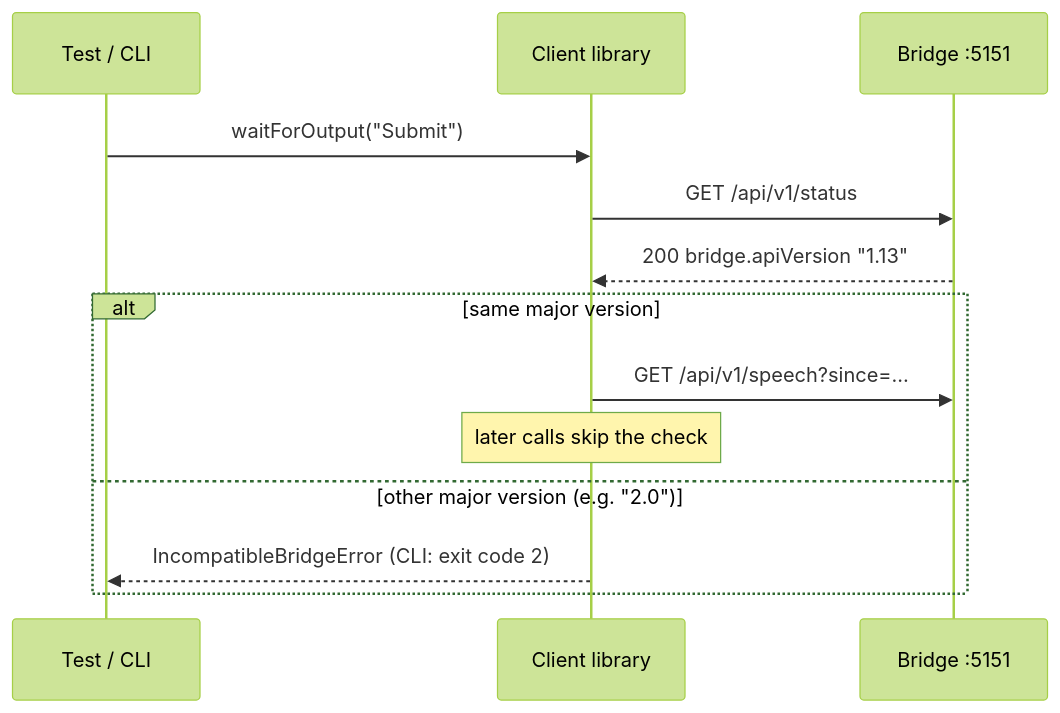
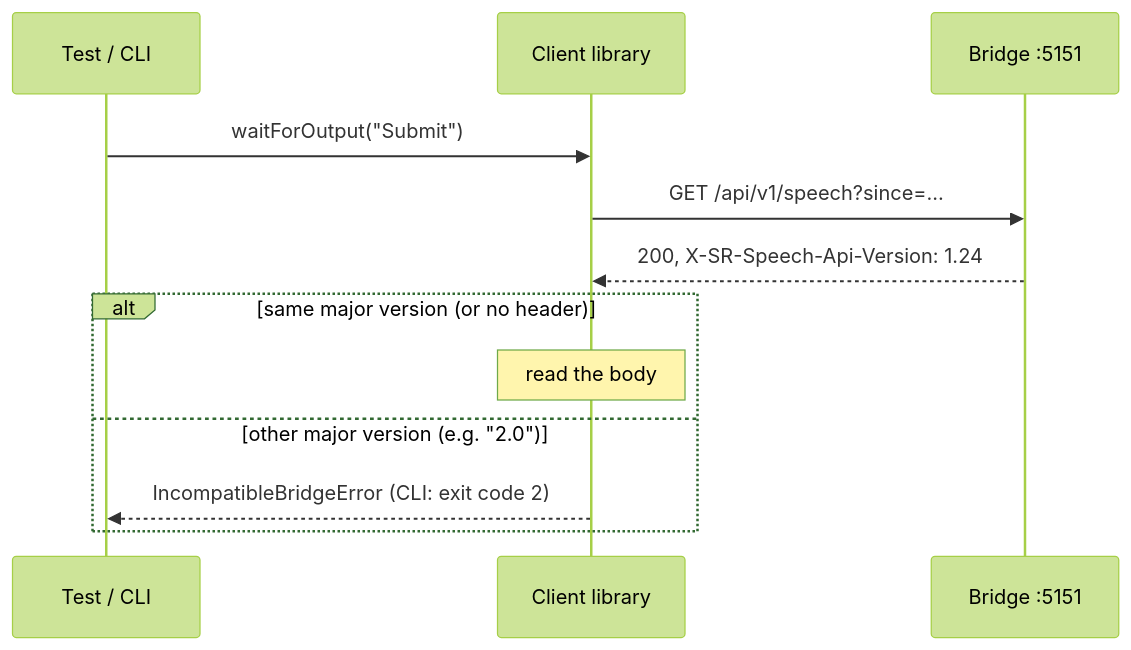
The tenth of 10 diagrams in docs/usage/flows/http.md (TimoSto/screenreader-speech-capture), drawn with Mermaid (forest theme) before and after one commit. The commit also changed other lines of this file and 10 other files, not shown here.

First line of the commit message:
docs: bring the usage flows up to date and add the agent preflight and recovery (#228)

````diff
--- a/docs/usage/flows/http.md
+++ b/docs/usage/flows/http.md
@@ -207,16 +210,15 @@
 ```mermaid
 sequenceDiagram
     participant T as Test / CLI
     participant C as Client library
     participant B as Bridge :5151
 
     T->>C: waitForOutput("Submit")
-    C->>B: GET /api/v1/status
-    B-->>C: 200 bridge.apiVersion "1.13"
-    alt same major version
-        C->>B: GET /api/v1/speech?since=…
-        Note over C: later calls skip the check
+    C->>B: GET /api/v1/speech?since=…
+    B-->>C: 200, X-SR-Speech-Api-Version: 1.24
+    alt same major version (or no header)
+        Note over C: read the body
     else other major version (e.g. "2.0")
         C-->>T: IncompatibleBridgeError (CLI: exit code 2)
     end
 ```
````
